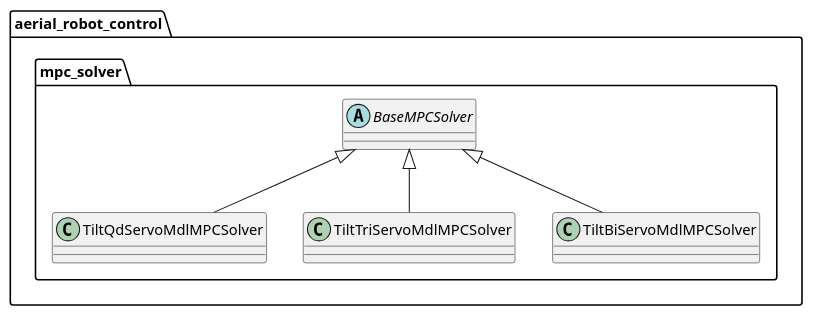
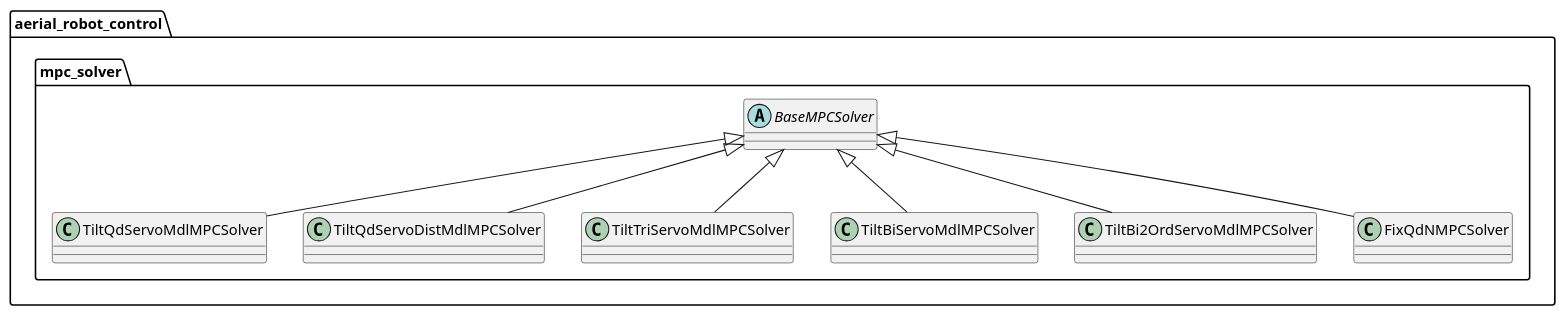
Before and after one commit to jsk-ros-pkg/jsk_aerial_robot: the diagram in docs/UMLs/nmpc_solver.puml, drawn with PlantUML. The commit also changed 1 other file, not shown here.

Commit message:
[UML][Refactor]: update to the latest structure

```diff
--- a/docs/UMLs/nmpc_solver.puml
+++ b/docs/UMLs/nmpc_solver.puml
@@ -1,23 +1,35 @@
 @startuml
 'https://plantuml.com/class-diagram
 
 set namespaceSeparator ::
 
 abstract class aerial_robot_control::mpc_solver::BaseMPCSolver
 
 'all the solvers are based on the same base class
 
 class aerial_robot_control::mpc_solver::TiltQdServoMdlMPCSolver {
 }
 
+class aerial_robot_control::mpc_solver::TiltQdServoDistMdlMPCSolver {
+}
+
 class aerial_robot_control::mpc_solver::TiltTriServoMdlMPCSolver {
 }
 
 class aerial_robot_control::mpc_solver::TiltBiServoMdlMPCSolver {
 }
 
+class aerial_robot_control::mpc_solver::TiltBi2OrdServoMdlMPCSolver {
+}
+
+class aerial_robot_control::mpc_solver::FixQdNMPCSolver {
+}
+
 BaseMPCSolver <|-- TiltQdServoMdlMPCSolver
+BaseMPCSolver <|-- TiltQdServoDistMdlMPCSolver
 BaseMPCSolver <|-- TiltTriServoMdlMPCSolver
 BaseMPCSolver <|-- TiltBiServoMdlMPCSolver
+BaseMPCSolver <|-- TiltBi2OrdServoMdlMPCSolver
+BaseMPCSolver <|-- FixQdNMPCSolver
 
 @enduml
```
